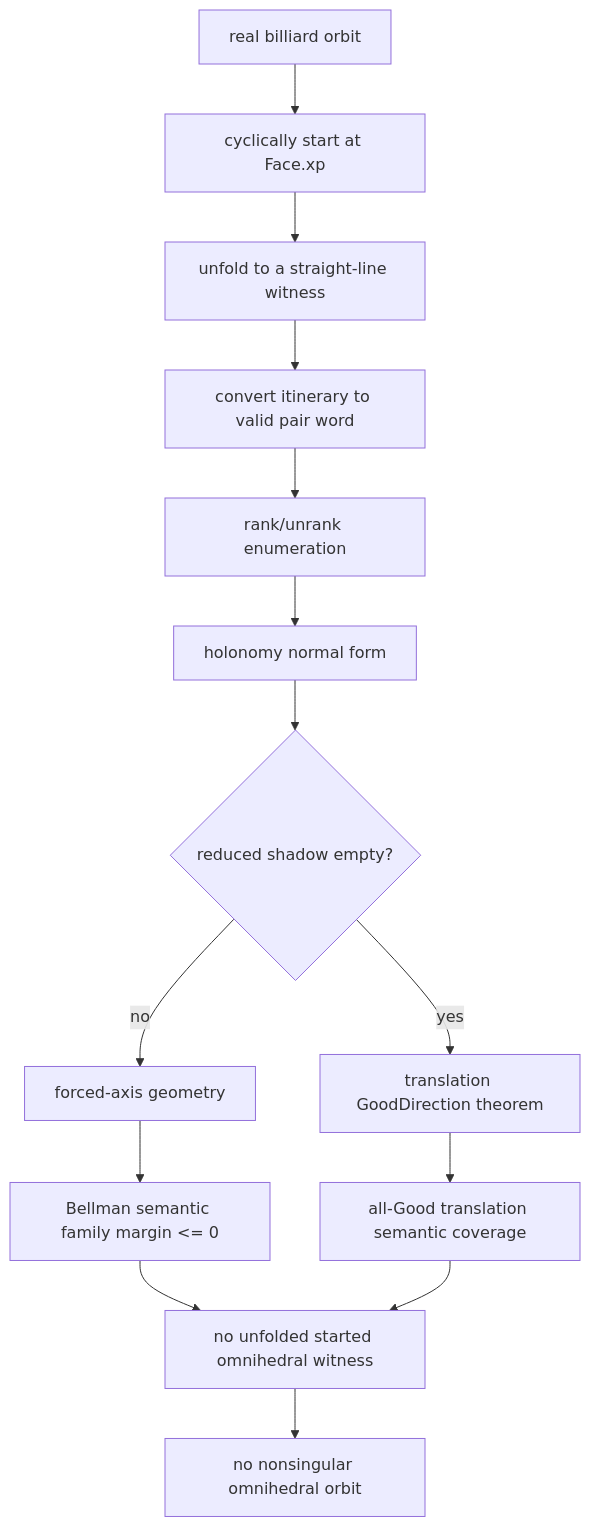
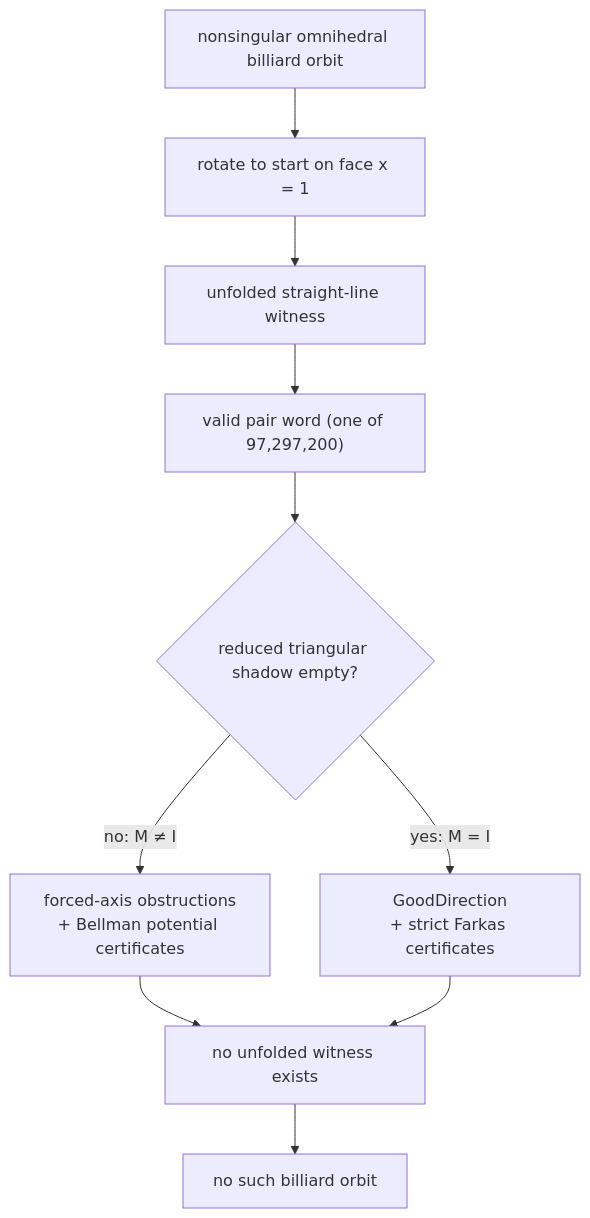
One commit to zpconn/cuboctahedron changed the diagram in README.md. Above: the diagram before and after it, drawn with Mermaid. The commit also changed other lines of this file and 12 other files, not shown here.

````diff
--- a/README.md
+++ b/README.md
@@ -453,21 +248,12 @@
 ```mermaid
 flowchart TD
-    A["real billiard orbit"]
-    B["cyclically start at Face.xp"]
-    C["unfold to a straight-line witness"]
-    D["convert itinerary to valid pair word"]
-    E["rank/unrank enumeration"]
-    F["holonomy normal form"]
-    G{"reduced shadow empty?"}
-    H["forced-axis geometry"]
-    HB["Bellman semantic family margin <= 0"]
-    I["translation GoodDirection theorem"]
-    J["all-Good translation semantic coverage"]
-    K["no unfolded started omnihedral witness"]
-    L["no nonsingular omnihedral orbit"]
-
-    A --> B --> C --> D --> E --> F --> G
-    G -- "no" --> H --> HB --> K
-    G -- "yes" --> I --> J --> K
-    K --> L
+    A["nonsingular omnihedral billiard orbit"] --> B["rotate to start on face x = 1"]
+    B --> C["unfolded straight-line witness"]
+    C --> D["valid pair word (one of 97,297,200)"]
+    D --> E{"reduced triangular shadow empty?"}
+    E -- "no: M ≠ I" --> F["forced-axis obstructions<br/>+ Bellman potential certificates"]
+    E -- "yes: M = I" --> G["GoodDirection<br/>+ strict Farkas certificates"]
+    F --> H["no unfolded witness exists"]
+    G --> H
+    H --> I["no such billiard orbit"]
 ```
````
